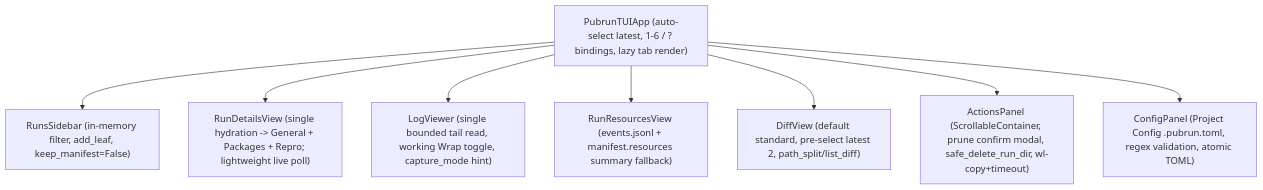
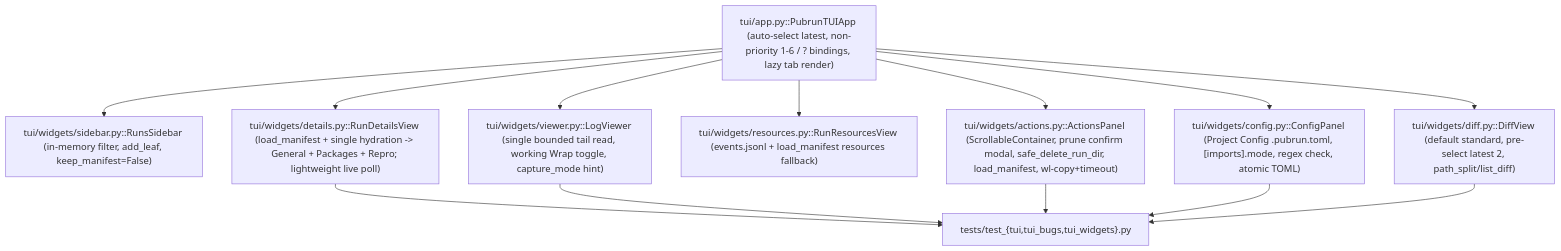
The diagram in .aw/records/plans/pending/20261127-assess-8l-09-3q5rd5-tui-safety-meta-ref-hydration-memory-responsiveness-and-usab.ipd.md (fariello/pubrun), drawn with Mermaid before and after one commit. The commit also changed other lines of this file and 1 other file, not shown here.

````diff
--- a/.aw/records/plans/pending/20261127-assess-8l-09-3q5rd5-tui-safety-meta-ref-hydration-memory-responsiveness-and-usab.ipd.md
+++ b/.aw/records/plans/pending/20261127-assess-8l-09-3q5rd5-tui-safety-meta-ref-hydration-memory-responsiveness-and-usab.ipd.md
@@ -32,11 +34,16 @@
 ```mermaid
 flowchart TD
-    APP["PubrunTUIApp (auto-select latest, 1-6 / ? bindings, lazy tab render)"]
-    APP --> SIDE["RunsSidebar (in-memory filter, add_leaf, keep_manifest=False)"]
-    APP --> DET["RunDetailsView (single hydration -> General + Packages + Repro; lightweight live poll)"]
-    APP --> LOG["LogViewer (single bounded tail read, working Wrap toggle, capture_mode hint)"]
-    APP --> RES["RunResourcesView (events.jsonl + manifest.resources summary fallback)"]
-    APP --> DIF["DiffView (default standard, pre-select latest 2, path_split/list_diff)"]
-    APP --> ACT["ActionsPanel (ScrollableContainer, prune confirm modal, safe_delete_run_dir, wl-copy+timeout)"]
-    APP --> CFG["ConfigPanel (Project Config .pubrun.toml, regex validation, atomic TOML)"]
+    APP["tui/app.py::PubrunTUIApp (auto-select latest, non-priority 1-6 / ? bindings, lazy tab render)"]
+    APP --> SIDE["tui/widgets/sidebar.py::RunsSidebar (in-memory filter, add_leaf, keep_manifest=False)"]
+    APP --> DET["tui/widgets/details.py::RunDetailsView (load_manifest + single hydration -> General + Packages + Repro; lightweight live poll)"]
+    APP --> LOG["tui/widgets/viewer.py::LogViewer (single bounded tail read, working Wrap toggle, capture_mode hint)"]
+    APP --> RES["tui/widgets/resources.py::RunResourcesView (events.jsonl + load_manifest resources fallback)"]
+    APP --> DIF["tui/widgets/diff.py::DiffView (default standard, pre-select latest 2, path_split/list_diff)"]
+    APP --> ACT["tui/widgets/actions.py::ActionsPanel (ScrollableContainer, prune confirm modal, safe_delete_run_dir, load_manifest, wl-copy+timeout)"]
+    APP --> CFG["tui/widgets/config.py::ConfigPanel (Project Config .pubrun.toml, [imports].mode, regex check, atomic TOML)"]
+    DET --> TESTS["tests/test_{tui,tui_bugs,tui_widgets}.py"]
+    LOG --> TESTS
+    ACT --> TESTS
+    CFG --> TESTS
+    DIF --> TESTS
 ```
````
